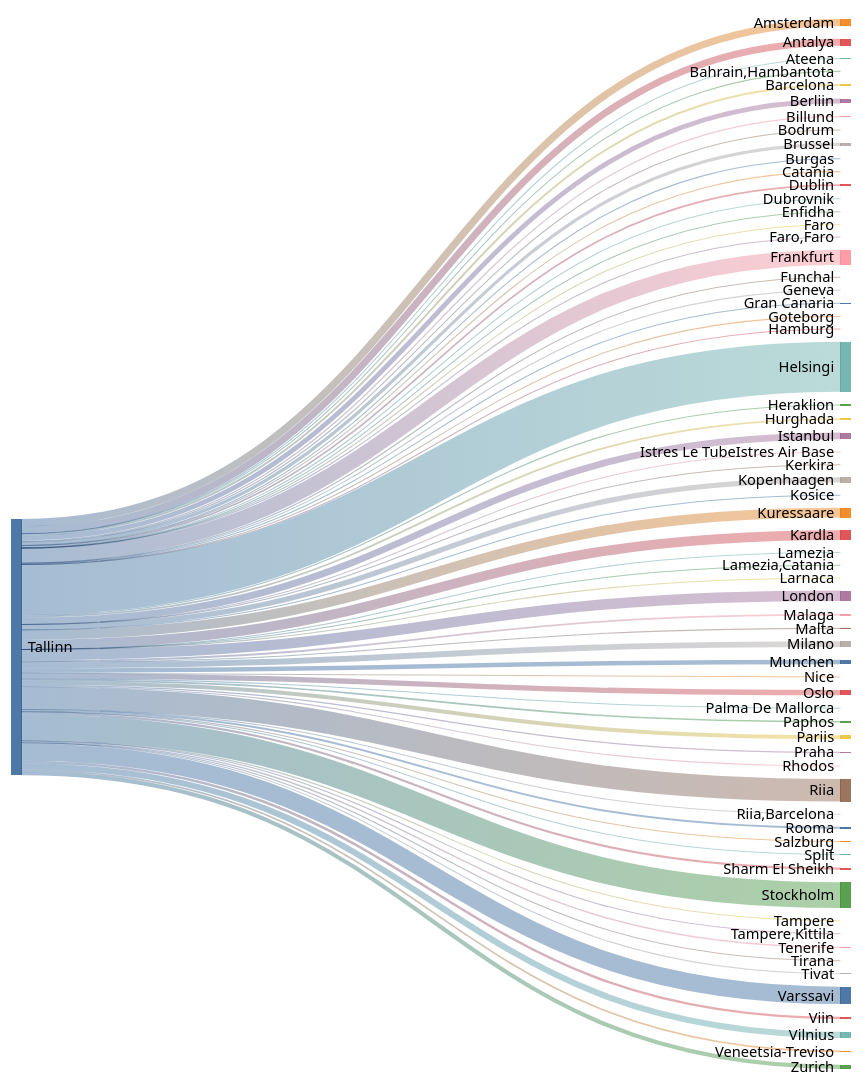
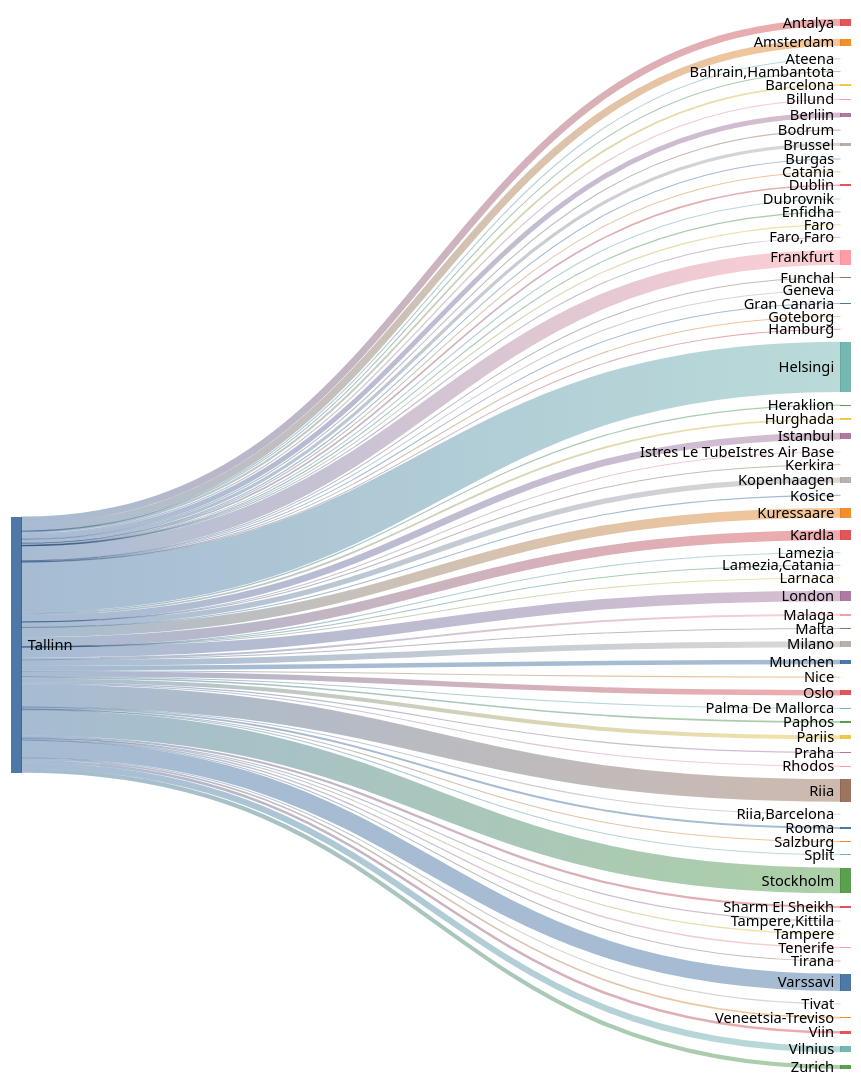
The second of 2 diagrams in README.md (rainermesi/tll-airport-departures), drawn with Mermaid (forest theme) before and after one commit. The commit also changed other lines of this file and 1 other file, not shown here.

````diff
--- a/README.md
+++ b/README.md
@@ -34,77 +34,77 @@
 ```mermaid
 ---
 config:
   sankey:
     showValues: false
     width: 800
     height: 1000
 ---
 sankey-beta
 %% source,target,value
-Tallinn,Amsterdam,299
-Tallinn,Antalya,288
+Tallinn,Amsterdam,301
+Tallinn,Antalya,290
 Tallinn,Ateena,16
 Tallinn,"Bahrain,Hambantota",1
 Tallinn,Barcelona,82
-Tallinn,Berliin,200
+Tallinn,Berliin,202
 Tallinn,Billund,50
 Tallinn,Bodrum,11
-Tallinn,Brussel,133
+Tallinn,Brussel,134
 Tallinn,Burgas,21
 Tallinn,Catania,2
-Tallinn,Dublin,68
+Tallinn,Dublin,69
 Tallinn,Dubrovnik,21
 Tallinn,Enfidha,7
 Tallinn,Faro,4
 Tallinn,"Faro,Faro",1
-Tallinn,Frankfurt,617
+Tallinn,Frankfurt,620
 Tallinn,Funchal,5
 Tallinn,Geneva,13
 Tallinn,Gran Canaria,38
 Tallinn,Goteborg,1
 Tallinn,Hamburg,2
-Tallinn,Helsingi,2075
-Tallinn,Heraklion,47
+Tallinn,Helsingi,2084
+Tallinn,Heraklion,48
 Tallinn,Hurghada,75
-Tallinn,Istanbul,280
+Tallinn,Istanbul,281
 Tallinn,Istres Le TubeIstres Air Base,2
 Tallinn,Kerkira,4
-Tallinn,Kopenhaagen,219
+Tallinn,Kopenhaagen,222
 Tallinn,Kosice,1
-Tallinn,Kuressaare,404
-Tallinn,Kardla,404
+Tallinn,Kuressaare,405
+Tallinn,Kardla,405
 Tallinn,Lamezia,1
 Tallinn,"Lamezia,Catania",3
 Tallinn,Larnaca,4
-Tallinn,London,433
+Tallinn,London,435
 Tallinn,Malaga,80
 Tallinn,Malta,16
-Tallinn,Milano,245
-Tallinn,Munchen,185
-Tallinn,Nice,25
-Tallinn,Oslo,220
+Tallinn,Milano,246
+Tallinn,Munchen,187
+Tallinn,Nice,26
+Tallinn,Oslo,222
 Tallinn,Palma De Mallorca,20
 Tallinn,Paphos,66
-Tallinn,Pariis,165
-Tallinn,Praha,50
+Tallinn,Pariis,166
+Tallinn,Praha,51
 Tallinn,Rhodos,33
-Tallinn,Riia,936
+Tallinn,Riia,940
 Tallinn,"Riia,Barcelona",1
 Tallinn,Rooma,80
 Tallinn,Salzburg,14
 Tallinn,Sharm El Sheikh,91
-Tallinn,Split,26
-Tallinn,Stockholm,1060
+Tallinn,Split,27
+Tallinn,Stockholm,1066
 Tallinn,Tampere,17
 Tallinn,"Tampere,Kittila",21
 Tallinn,Tenerife,58
 Tallinn,Tirana,8
-Tallinn,Tivat,26
-Tallinn,Varssavi,719
+Tallinn,Tivat,27
+Tallinn,Varssavi,723
 Tallinn,Veneetsia-Treviso,67
 Tallinn,Viin,106
-Tallinn,Vilnius,254
-Tallinn,Zurich,172
+Tallinn,Vilnius,255
+Tallinn,Zurich,173
 
 
 ```
````
